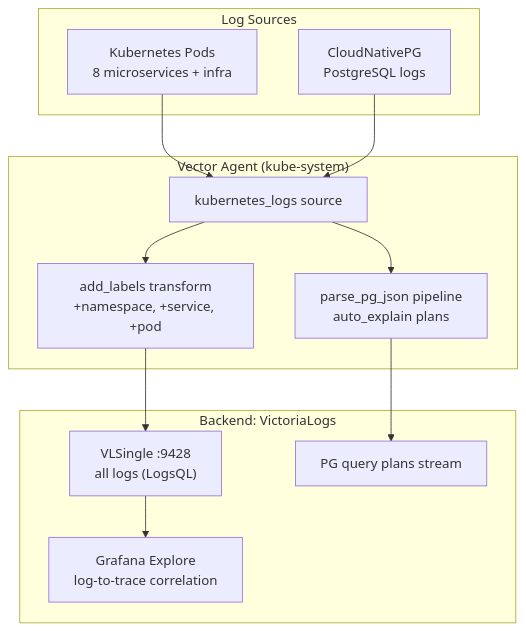
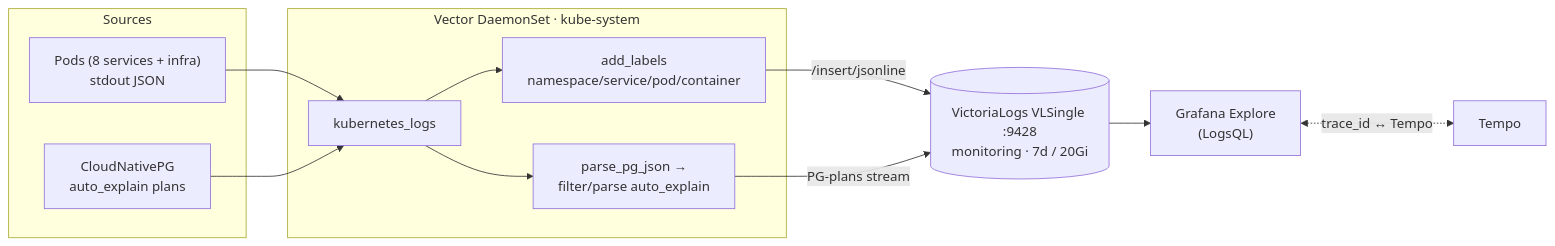
One commit to duynhlab/homelab changed the diagram in docs/observability/logging/README.md. Above: the diagram before and after it, drawn with Mermaid. The commit also changed other lines of this file and 5 other files, not shown here.

First line of the commit message:
Reframe observability/logging as architecture hub (#386)

````diff
--- a/docs/observability/logging/README.md
+++ b/docs/observability/logging/README.md
@@ -35,27 +39,20 @@
 ```mermaid
-flowchart TD
-    subgraph sources ["Log Sources"]
-        Pods["Kubernetes Pods\n8 microservices + infra"]
-        CNPG["CloudNativePG\nPostgreSQL logs"]
+flowchart LR
+    subgraph sources["Sources"]
+        Pods["Pods (8 services + infra)<br/>stdout JSON"]
+        CNPG["CloudNativePG<br/>auto_explain plans"]
     end
-
-    subgraph vector ["Vector Agent (kube-system)"]
-        KLogs["kubernetes_logs source"]
-        AddLabels["add_labels transform\n+namespace, +service, +pod"]
-        ParsePG["parse_pg_json pipeline\nauto_explain plans"]
+    subgraph vector["Vector DaemonSet · kube-system"]
+        KL["kubernetes_logs"]
+        AL["add_labels<br/>namespace/service/pod/container"]
+        PG["parse_pg_json →<br/>filter/parse auto_explain"]
     end
-
-    subgraph vlogs ["Backend: VictoriaLogs"]
-        VLAll["VLSingle :9428\nall logs (LogsQL)"]
-        VLPlans["PG query plans stream"]
-        GrafanaExplore["Grafana Explore\nlog-to-trace correlation"]
-    end
-
-    Pods --> KLogs
-    CNPG --> KLogs
-    KLogs --> AddLabels
-    KLogs --> ParsePG
-    AddLabels --> VLAll
-    ParsePG --> VLPlans
-    VLAll --> GrafanaExplore
+    Pods --> KL
+    CNPG --> KL
+    KL --> AL
+    KL --> PG
+    AL -->|"/insert/jsonline"| VL[("VictoriaLogs VLSingle :9428<br/>monitoring · 7d / 20Gi")]
+    PG -->|"PG-plans stream"| VL
+    VL --> GRAF["Grafana Explore<br/>(LogsQL)"]
+    GRAF <-. "trace_id ↔ Tempo" .-> TEMPO["Tempo"]
 ```
````
